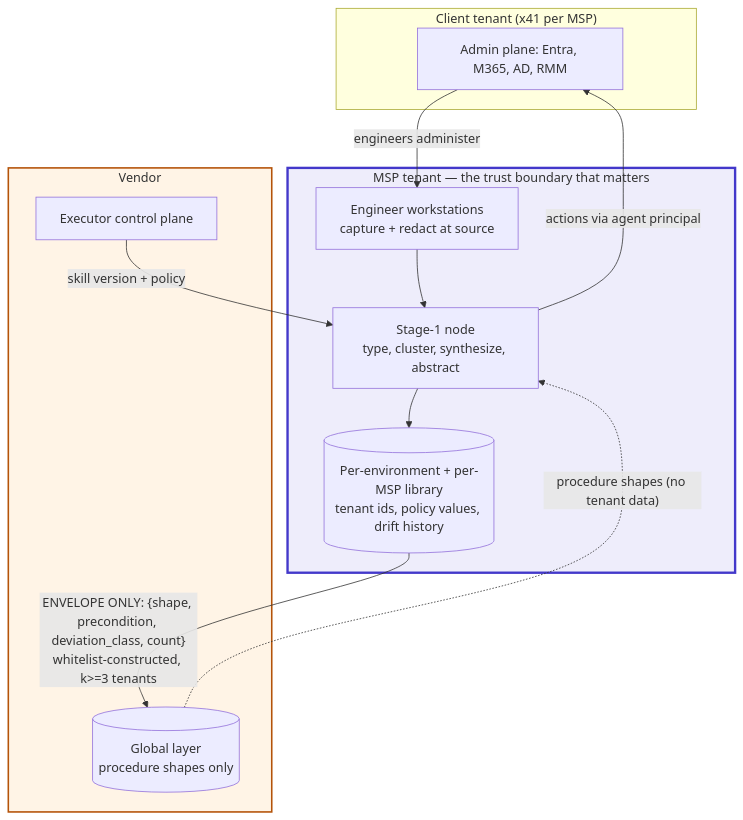
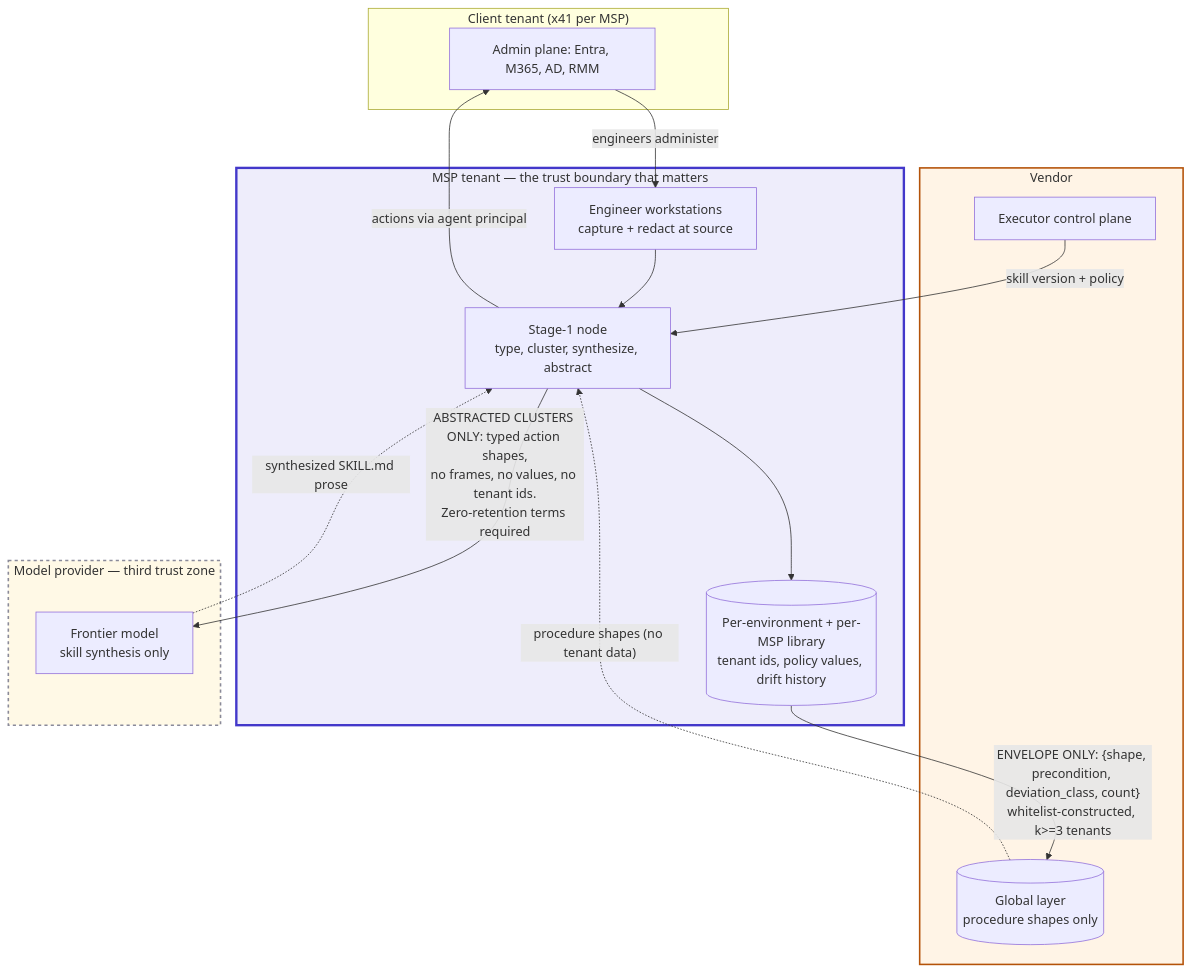
One commit to shreramsp/understudy-founder-pack changed the diagram in tech/architecture/D06.md. Above: the diagram before and after it, drawn with Mermaid. The commit also changed other lines of this file and 16 other files, not shown here.

````diff
--- a/tech/architecture/D06.md
+++ b/tech/architecture/D06.md
@@ -3,29 +3,37 @@
 ```mermaid
 flowchart TB
   subgraph CT["Client tenant (x41 per MSP)"]
     CA["Admin plane: Entra, M365, AD, RMM"]
   end
 
   subgraph MT["MSP tenant — the trust boundary that matters"]
     WS["Engineer workstations<br/>capture + redact at source"]
     ND["Stage-1 node<br/>type, cluster, synthesize, abstract"]
     LIB[("Per-environment + per-MSP library<br/>tenant ids, policy values, drift history")]
     WS --> ND --> LIB
   end
 
   subgraph V["Vendor"]
     GL[("Global layer<br/>procedure shapes only")]
     EX["Executor control plane"]
   end
 
+  subgraph MP["Model provider — third trust zone"]
+    FM["Frontier model<br/>skill synthesis only"]
+  end
+
   CA -->|"engineers administer"| WS
   LIB -->|"ENVELOPE ONLY: {shape, precondition, deviation_class, count}<br/>whitelist-constructed, k>=3 tenants"| GL
   GL -.->|"procedure shapes (no tenant data)"| ND
   EX -->|"skill version + policy"| ND
   ND -->|"actions via agent principal"| CA
+  ND -->|"ABSTRACTED CLUSTERS ONLY: typed action shapes,<br/>no frames, no values, no tenant ids.<br/>Zero-retention terms required"| FM
+  FM -.->|"synthesized SKILL.md prose"| ND
 
+  classDef provider fill:#fff9e6,stroke:#8a8a99,stroke-width:2px,stroke-dasharray: 4 4
+  class MP provider
   classDef vendor fill:#fff4e6,stroke:#b45309,stroke-width:2px
   classDef msp fill:#eeedfb,stroke:#4338ca,stroke-width:3px
   class V vendor
   class MT msp
 ```
````
